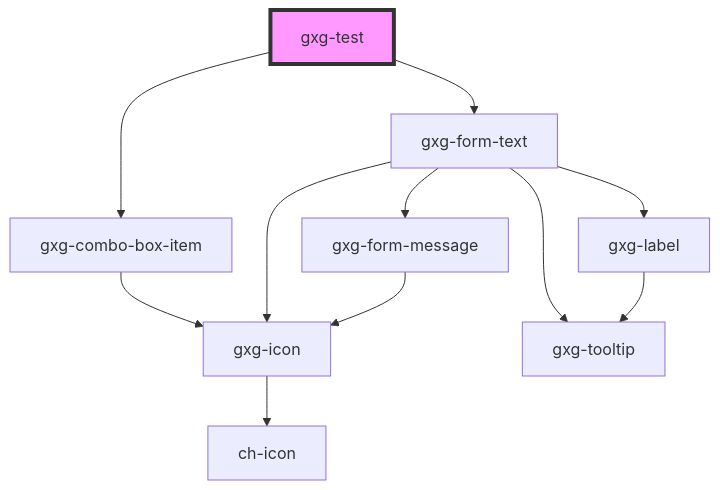
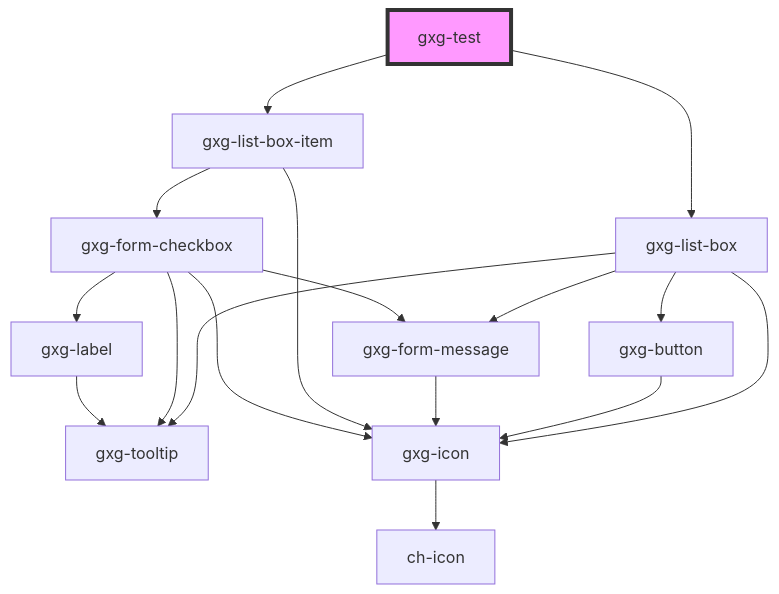
One commit to genexuslabs/gemini changed the diagram in src/components/test/readme.md. Above: the diagram before and after it, drawn with Mermaid. The commit also changed other lines of this file and 10 other files, not shown here.

Commit message:
update list-box

````diff
--- a/src/components/test/readme.md
+++ b/src/components/test/readme.md
@@ -20,14 +14,20 @@
 ```mermaid
 graph TD;
-  gxg-test --> gxg-combo-box-item
-  gxg-test --> gxg-form-text
-  gxg-combo-box-item --> gxg-icon
+  gxg-test --> gxg-list-box
+  gxg-test --> gxg-list-box-item
+  gxg-list-box --> gxg-button
+  gxg-list-box --> gxg-form-message
+  gxg-list-box --> gxg-tooltip
+  gxg-list-box --> gxg-icon
+  gxg-button --> gxg-icon
   gxg-icon --> ch-icon
-  gxg-form-text --> gxg-icon
-  gxg-form-text --> gxg-label
-  gxg-form-text --> gxg-form-message
-  gxg-form-text --> gxg-tooltip
+  gxg-form-message --> gxg-icon
+  gxg-list-box-item --> gxg-form-checkbox
+  gxg-list-box-item --> gxg-icon
+  gxg-form-checkbox --> gxg-icon
+  gxg-form-checkbox --> gxg-label
+  gxg-form-checkbox --> gxg-form-message
+  gxg-form-checkbox --> gxg-tooltip
   gxg-label --> gxg-tooltip
-  gxg-form-message --> gxg-icon
   style gxg-test fill:#f9f,stroke:#333,stroke-width:4px
 ```
````
